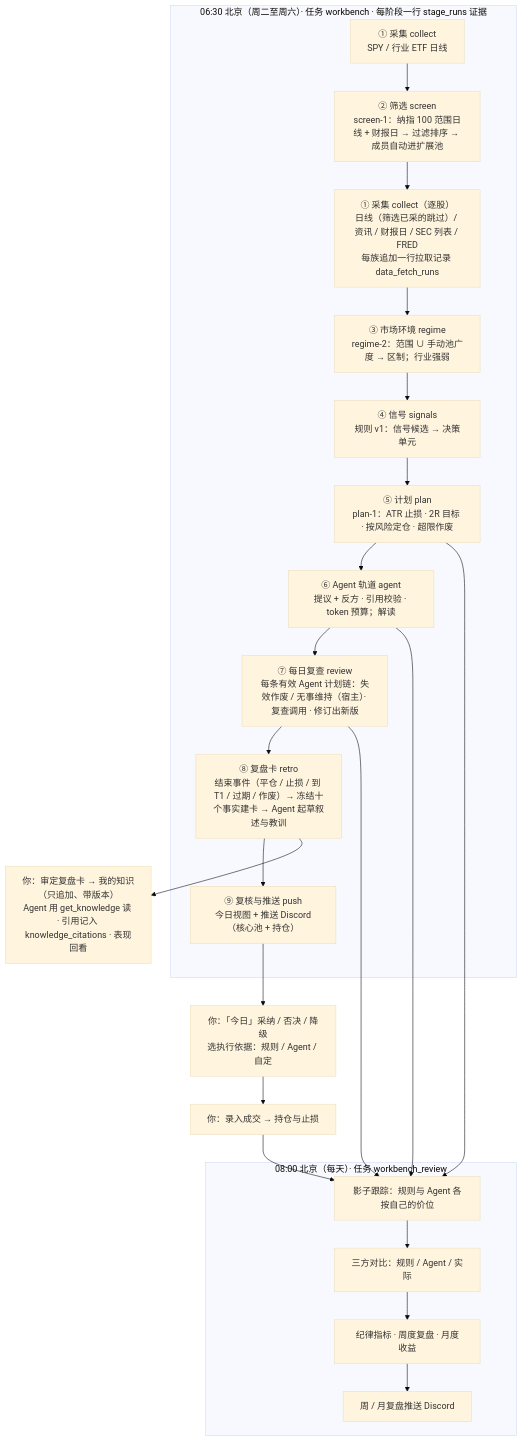
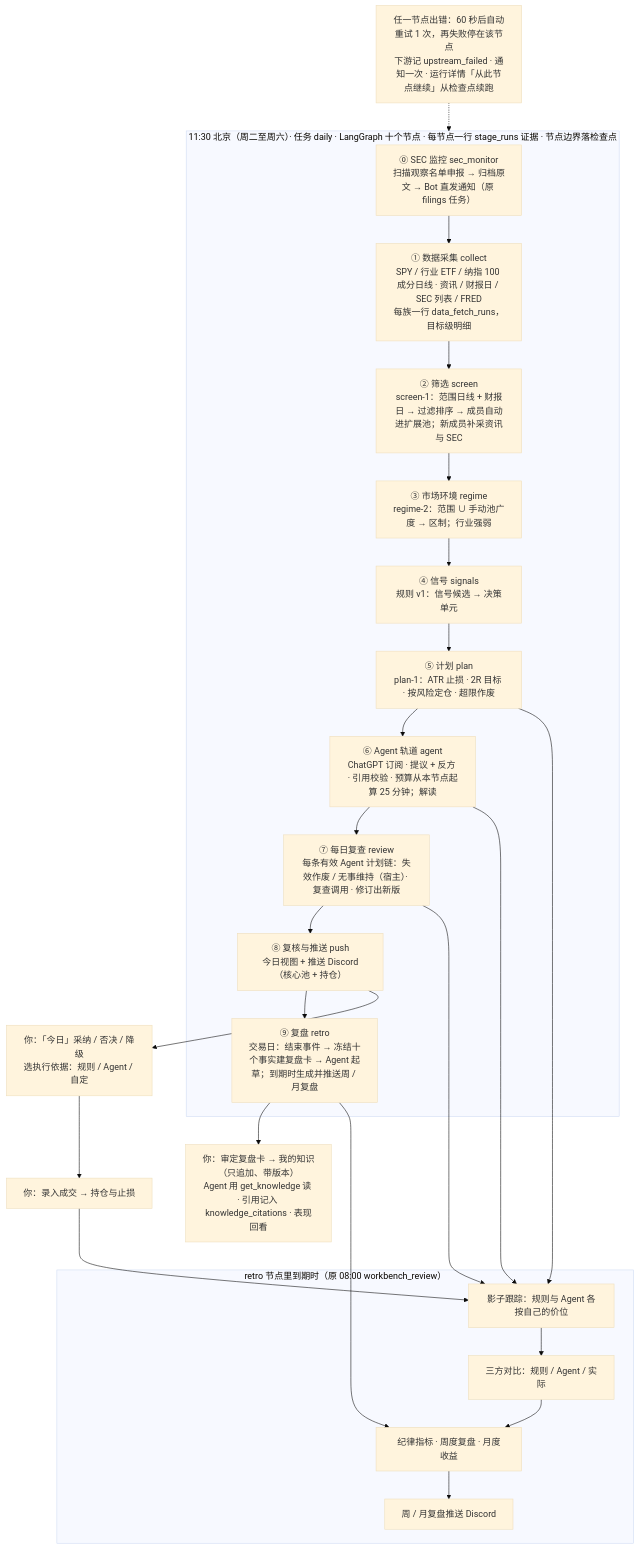
Before and after one commit to jianjustin/investment-assistant: the diagram in docs/architecture.md, drawn with Mermaid (base theme). The commit also changed other lines of this file and 23 other files, not shown here.

````diff
--- a/docs/architecture.md
+++ b/docs/architecture.md
@@ -111,26 +116,28 @@
 ```mermaid
 flowchart TD
-    subgraph batch["06:30 北京（周二至周六）· 任务 workbench · 每阶段一行 stage_runs 证据"]
-        A["① 采集 collect<br/>SPY / 行业 ETF 日线"] --> A2["② 筛选 screen<br/>screen-1：纳指 100 范围日线 + 财报日 → 过滤排序 → 成员自动进扩展池"]
-        A2 --> B["① 采集 collect（逐股）<br/>日线（筛选已采的跳过）/ 资讯 / 财报日 / SEC 列表 / FRED<br/>每族追加一行拉取记录 data_fetch_runs"]
-        B --> B2["③ 市场环境 regime<br/>regime-2：范围 ∪ 手动池广度 → 区制；行业强弱"]
+    subgraph daily["11:30 北京（周二至周六）· 任务 daily · LangGraph 十个节点 · 每节点一行 stage_runs 证据 · 节点边界落检查点"]
+        S0["⓪ SEC 监控 sec_monitor<br/>扫描观察名单申报 → 归档原文 → Bot 直发通知（原 filings 任务）"] --> A["① 数据采集 collect<br/>SPY / 行业 ETF / 纳指 100 成分日线 · 资讯 / 财报日 / SEC 列表 / FRED<br/>每族一行 data_fetch_runs，目标级明细"]
+        A --> A2["② 筛选 screen<br/>screen-1：范围日线 + 财报日 → 过滤排序 → 成员自动进扩展池；新成员补采资讯与 SEC"]
+        A2 --> B2["③ 市场环境 regime<br/>regime-2：范围 ∪ 手动池广度 → 区制；行业强弱"]
         B2 --> C["④ 信号 signals<br/>规则 v1：信号候选 → 决策单元"]
         C --> D["⑤ 计划 plan<br/>plan-1：ATR 止损 · 2R 目标 · 按风险定仓 · 超限作废"]
-        D --> E["⑥ Agent 轨道 agent<br/>提议 + 反方 · 引用校验 · token 预算；解读"]
+        D --> E["⑥ Agent 轨道 agent<br/>ChatGPT 订阅 · 提议 + 反方 · 引用校验 · 预算从本节点起算 25 分钟；解读"]
         E --> R["⑦ 每日复查 review<br/>每条有效 Agent 计划链：失效作废 / 无事维持（宿主）· 复查调用 · 修订出新版"]
-        R --> RC["⑧ 复盘卡 retro<br/>结束事件（平仓 / 止损 / 到 T1 / 过期 / 作废）→ 冻结十个事实建卡 → Agent 起草叙述与教训"]
-        RC --> F["⑨ 复核与推送 push<br/>今日视图 + 推送 Discord（核心池 + 持仓）"]
+        R --> F["⑧ 复核与推送 push<br/>今日视图 + 推送 Discord（核心池 + 持仓）"]
+        F --> RC["⑨ 复盘 retro<br/>交易日：结束事件 → 冻结十个事实建复盘卡 → Agent 起草；到期时生成并推送周 / 月复盘"]
     end
     F --> G["你：「今日」采纳 / 否决 / 降级<br/>选执行依据：规则 / Agent / 自定"]
     G --> H["你：录入成交 → 持仓与止损"]
     RC --> V["你：审定复盘卡 → 我的知识（只追加、带版本）<br/>Agent 用 get_knowledge 读 · 引用记入 knowledge_citations · 表现回看"]
-    subgraph review["08:00 北京（每天）· 任务 workbench_review"]
+    subgraph weekly["retro 节点里到期时（原 08:00 workbench_review）"]
         I["影子跟踪：规则与 Agent 各按自己的价位"] --> J["三方对比：规则 / Agent / 实际"]
         J --> K["纪律指标 · 周度复盘 · 月度收益"]
         K --> L["周 / 月复盘推送 Discord"]
     end
     H --> I
     D --> I
     E --> I
     R --> I
+    RC --> K
+    X["任一节点出错：60 秒后自动重试 1 次，再失败停在该节点<br/>下游记 upstream_failed · 通知一次 · 运行详情「从此节点继续」从检查点续跑"] -.-> daily
 ```
````
